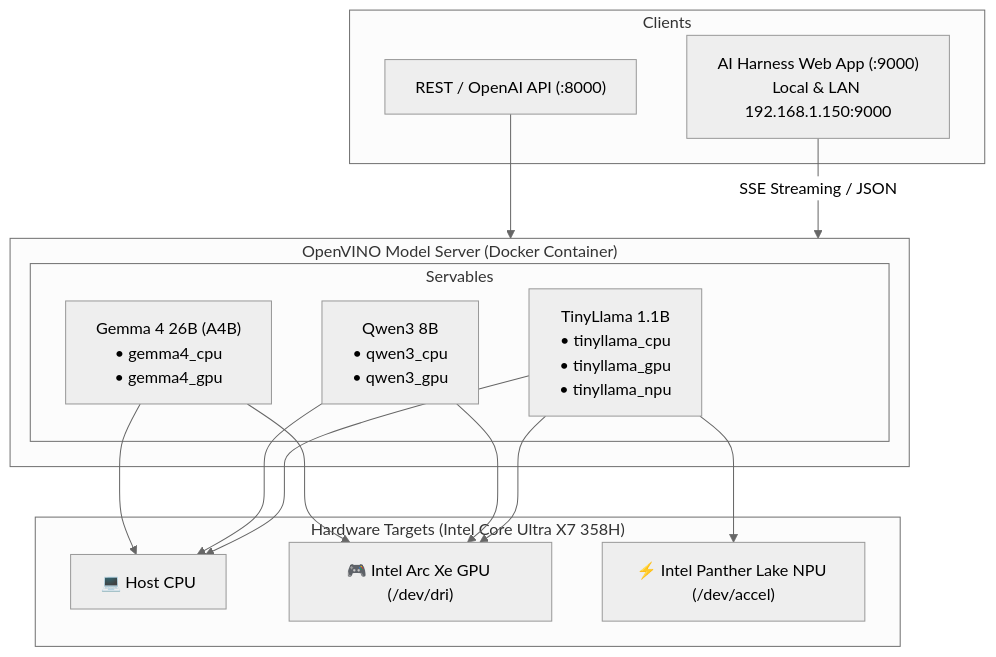
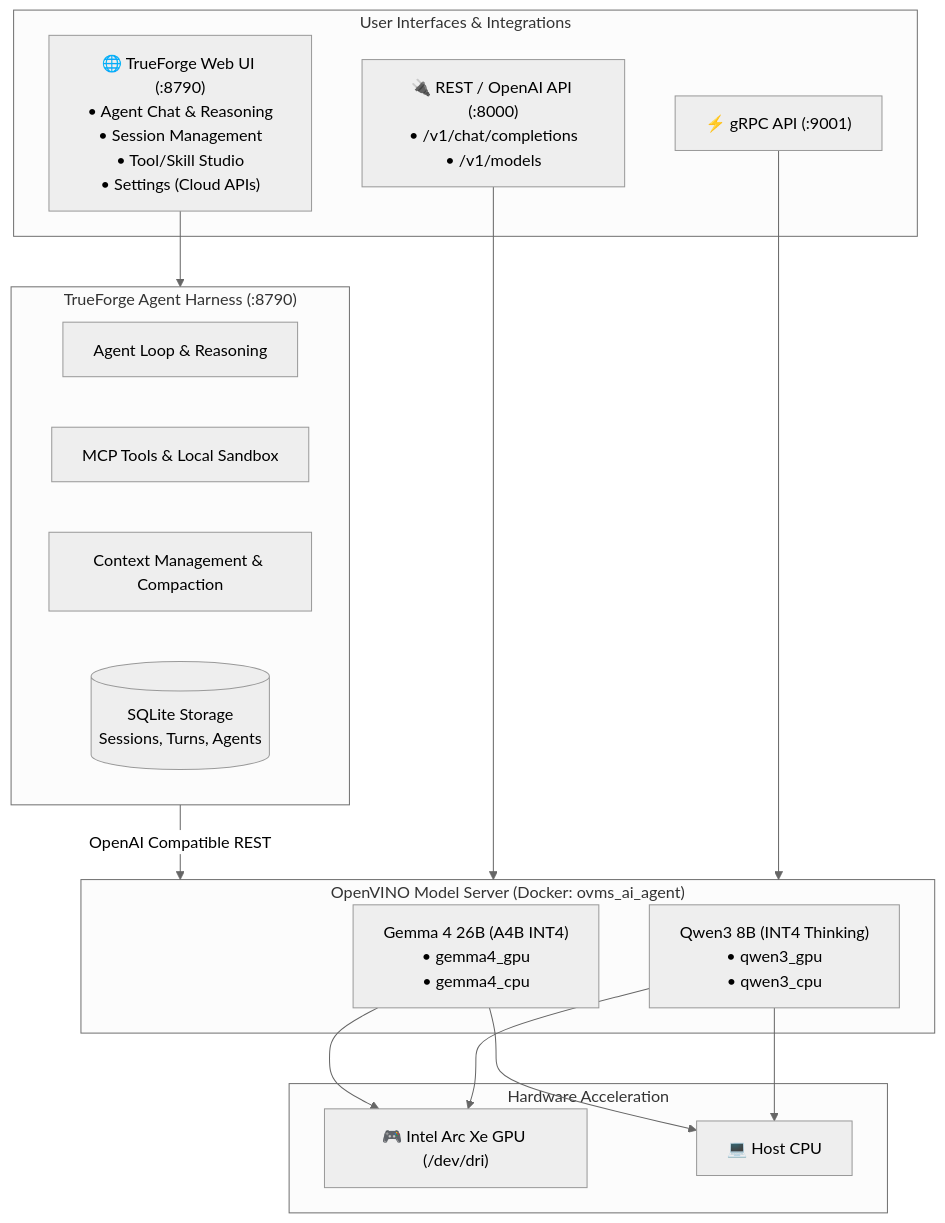
Before and after one commit to tinonnLOKE/AI_agent2.0: the diagram in README.md, drawn with Mermaid (neutral theme). The commit also changed other lines of this file and 8 other files, not shown here.

Commit message:
feat: migrate to OpenVINO Model Server with TrueForge agent harness

````diff
--- a/README.md
+++ b/README.md
@@ -7,27 +7,32 @@
 ```mermaid
 flowchart TD
-    subgraph Clients["Clients"]
-        WebUI["AI Harness Web App (:9000)<br>Local & LAN 192.168.1.150:9000"]
-        API["REST / OpenAI API (:8000)"]
+    subgraph Users["User Interfaces & Integrations"]
+        TFUI["🌐 TrueForge Web UI (:8790)<br>• Agent Chat & Reasoning<br>• Session Management<br>• Tool/Skill Studio<br>• Settings (Cloud APIs)"]
+        REST["🔌 REST / OpenAI API (:8000)<br>• /v1/chat/completions<br>• /v1/models"]
+        GRPC["⚡ gRPC API (:9001)"]
     end
 
-    subgraph OVMS["OpenVINO Model Server (Docker Container)"]
-        subgraph Models["Servables"]
-            TL["TinyLlama 1.1B<br>• tinyllama_cpu<br>• tinyllama_gpu<br>• tinyllama_npu"]
-            QW["Qwen3 8B<br>• qwen3_cpu<br>• qwen3_gpu"]
-            GM["Gemma 4 26B (A4B)<br>• gemma4_cpu<br>• gemma4_gpu"]
-        end
+    subgraph TrueForge["TrueForge Agent Harness (:8790)"]
+        AgentRuntime["Agent Loop & Reasoning"]
+        ToolManager["MCP Tools & Local Sandbox"]
+        Compaction["Context Management & Compaction"]
+        SQLiteDB[("SQLite Storage<br>Sessions, Turns, Agents")]
     end
 
-    subgraph Hardware["Hardware Targets (Intel Core Ultra X7 358H)"]
-        CPU["💻 Host CPU"]
-        GPU["🎮 Intel Arc Xe GPU (/dev/dri)"]
-        NPU["⚡ Intel Panther Lake NPU (/dev/accel)"]
+    subgraph OVMS["OpenVINO Model Server (Docker: ovms_ai_agent)"]
+        Gemma["Gemma 4 26B (A4B INT4)<br>• gemma4_gpu<br>• gemma4_cpu"]
+        Qwen["Qwen3 8B (INT4 Thinking)<br>• qwen3_gpu<br>• qwen3_cpu"]
     end
 
-    WebUI -->|SSE Streaming / JSON| OVMS
-    API --> OVMS
-    TL --> CPU & GPU & NPU
-    QW --> CPU & GPU
-    GM --> CPU & GPU
+    subgraph Hardware["Hardware Acceleration"]
+        GPU["🎮 Intel Arc Xe GPU (/dev/dri)"]
+        CPU["💻 Host CPU"]
+    end
+
+    TFUI --> TrueForge
+    TrueForge -->|OpenAI Compatible REST| OVMS
+    REST --> OVMS
+    GRPC --> OVMS
+    Gemma --> GPU & CPU
+    Qwen --> GPU & CPU
 ```
````
